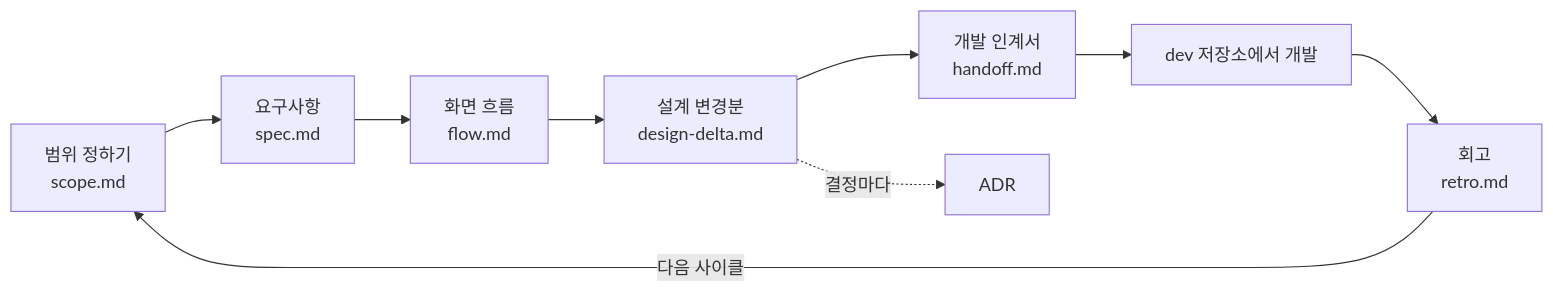
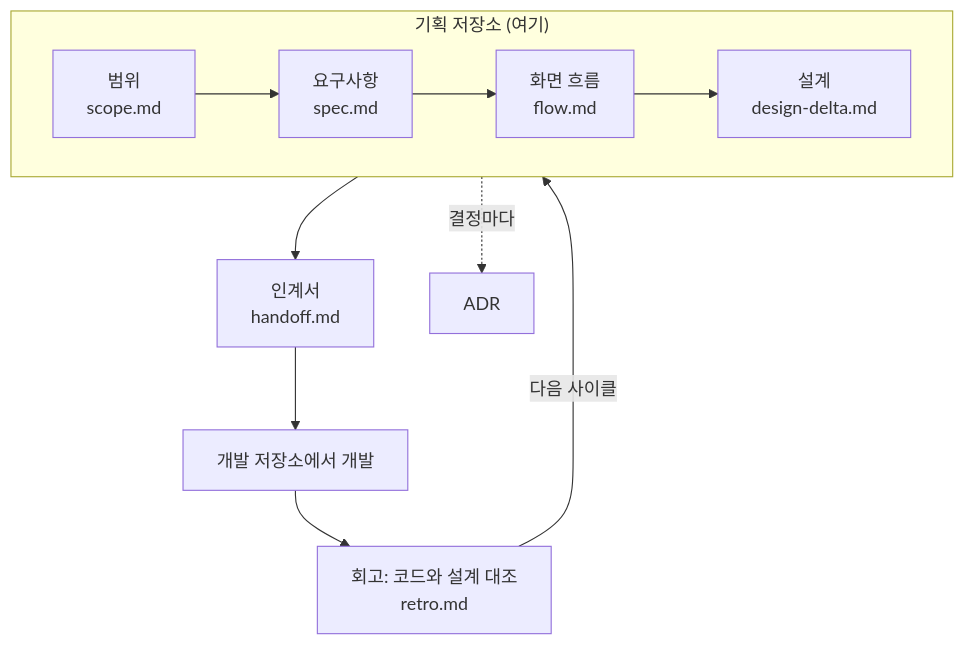
Before and after one commit to hodu-sketch/chaekcheck-plan: the diagram in README.md, drawn with Mermaid.

Commit message:
README: workflow diagram laid out top-to-bottom so labels stay readable

````diff
--- a/README.md
+++ b/README.md
@@ -16,11 +16,12 @@
 ```mermaid
-flowchart LR
-  A[범위 정하기<br/>scope.md] --> B[요구사항<br/>spec.md]
-  B --> C[화면 흐름<br/>flow.md]
-  C --> D[설계 변경분<br/>design-delta.md]
-  D --> E[개발 인계서<br/>handoff.md]
-  E --> F[dev 저장소에서 개발]
-  F --> G[회고<br/>retro.md]
+flowchart TB
+  subgraph P["기획 저장소 (여기)"]
+    direction LR
+    A["범위<br/>scope.md"] --> B["요구사항<br/>spec.md"] --> C["화면 흐름<br/>flow.md"] --> D["설계<br/>design-delta.md"]
+  end
+  D --> E["인계서<br/>handoff.md"]
+  E --> F["개발 저장소에서 개발"]
+  F --> G["회고: 코드와 설계 대조<br/>retro.md"]
   G -->|다음 사이클| A
-  D -.결정마다.-> H[ADR]
+  D -.->|결정마다| H["ADR"]
 ```
````
